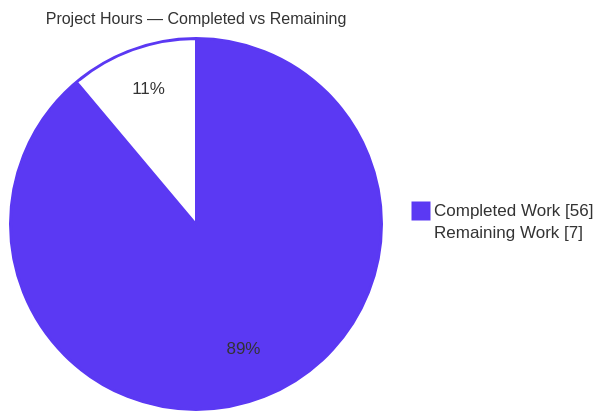
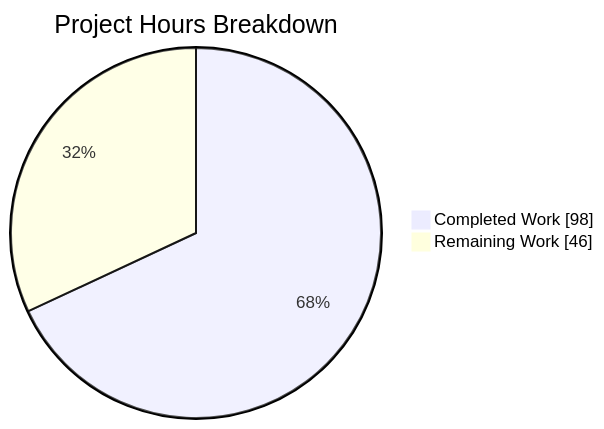
One commit to blitzy-public-samples/blitzy-civicrm-core changed the second of 4 diagrams in blitzy/documentation/Project Guide.md. Above: the diagram before and after it, drawn with Mermaid. The commit also changed other lines of this file, not shown here.

Commit message:
Adding Blitzy Project Guide: Project Status and Human Tasks Remaining

````diff
--- a/blitzy/documentation/Project Guide.md
+++ b/blitzy/documentation/Project Guide.md
@@ -196,6 +221,5 @@
 ```mermaid
-%%{init: {'theme':'base','themeVariables':{'pie1':'#5B39F3','pie2':'#FFFFFF','pieStrokeColor':'#5B39F3','pieOuterStrokeColor':'#5B39F3','pieSectionTextColor':'#333333','pieTitleTextSize':'16px','pieStrokeWidth':'2px','pieOpacity':'1'}}}%%
-pie showData title Project Hours — Completed vs Remaining
-    "Completed Work" : 56
-    "Remaining Work" : 7
+pie showData title Project Hours Breakdown
+    "Completed Work" : 98
+    "Remaining Work" : 46
 ```
````
